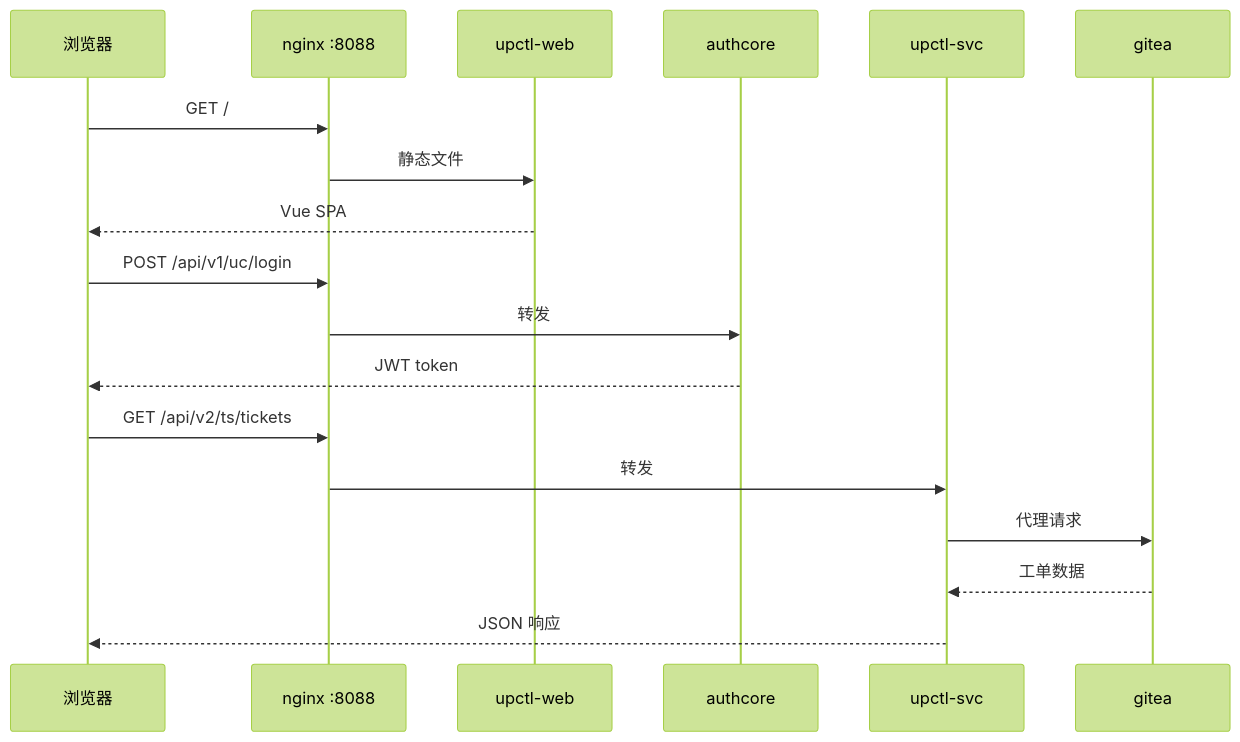
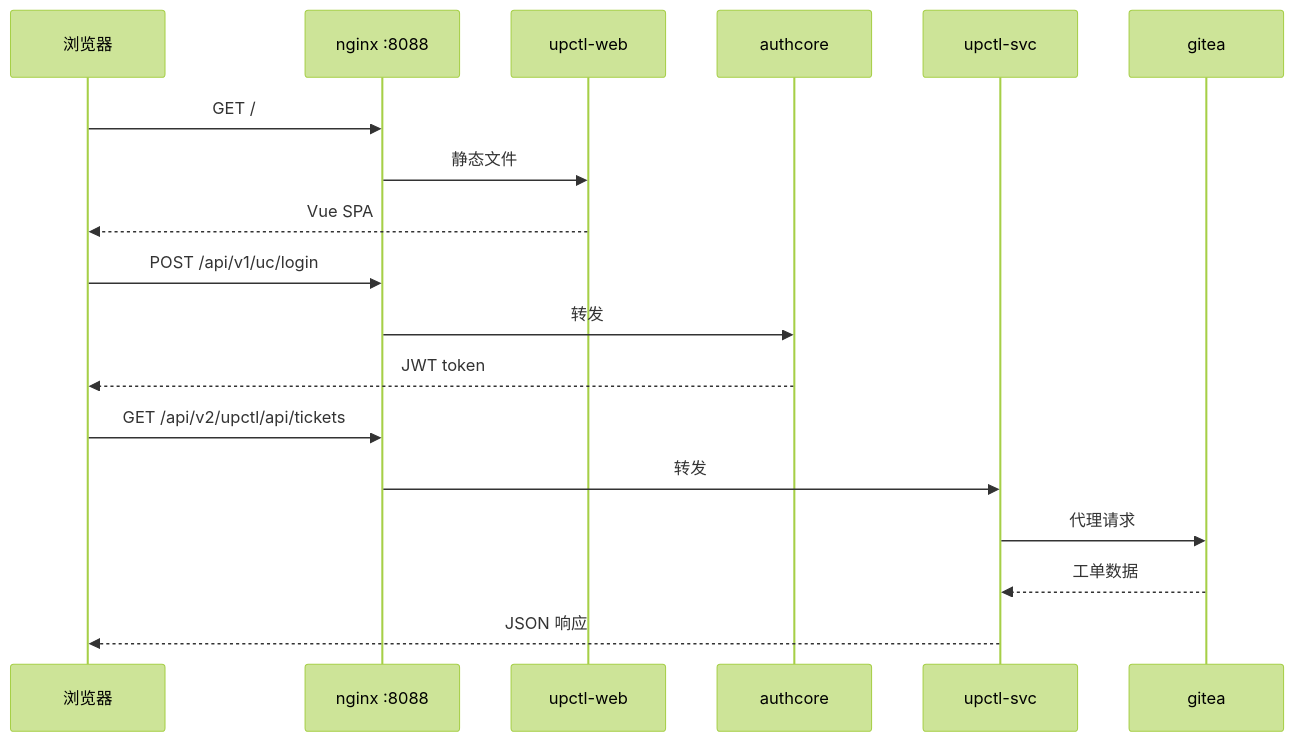
The second of 3 diagrams in README.md (alchemy-studio/upctl-compose), drawn with Mermaid (forest theme) before and after one commit. The commit also changed other lines of this file and 3 other files, not shown here.

First line of the commit message:
feat: update nginx and tests to use /api/v2/upctl/api/ route prefix

````diff
--- a/README.md
+++ b/README.md
@@ -179,23 +179,23 @@
 ```mermaid
 sequenceDiagram
     participant User as 浏览器
     participant NGX as nginx :8088
     participant WEB as upctl-web
     participant AUTH as authcore
     participant SVC as upctl-svc
     participant GIT as gitea
 
     User->>NGX: GET /
     NGX->>WEB: 静态文件
     WEB-->>User: Vue SPA
 
     User->>NGX: POST /api/v1/uc/login
     NGX->>AUTH: 转发
     AUTH-->>User: JWT token
 
-    User->>NGX: GET /api/v2/ts/tickets
+    User->>NGX: GET /api/v2/upctl/api/tickets
     NGX->>SVC: 转发
     SVC->>GIT: 代理请求
     GIT-->>SVC: 工单数据
     SVC-->>User: JSON 响应
 ```
````
